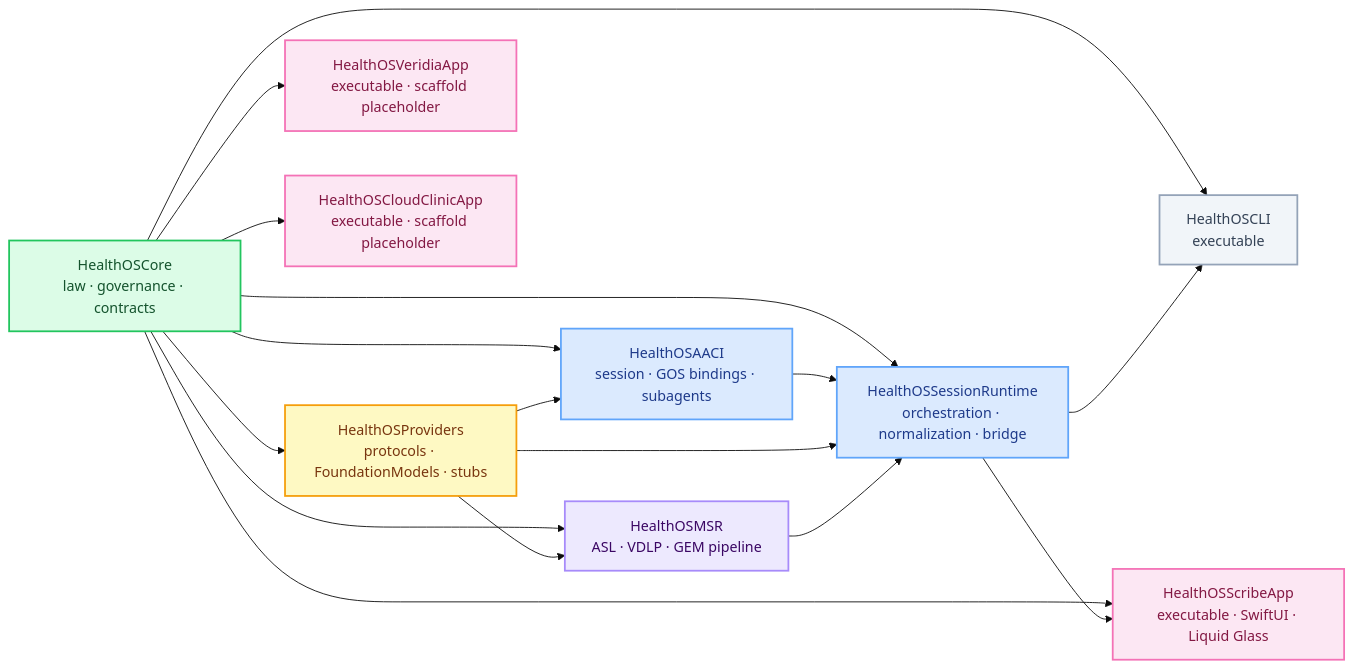
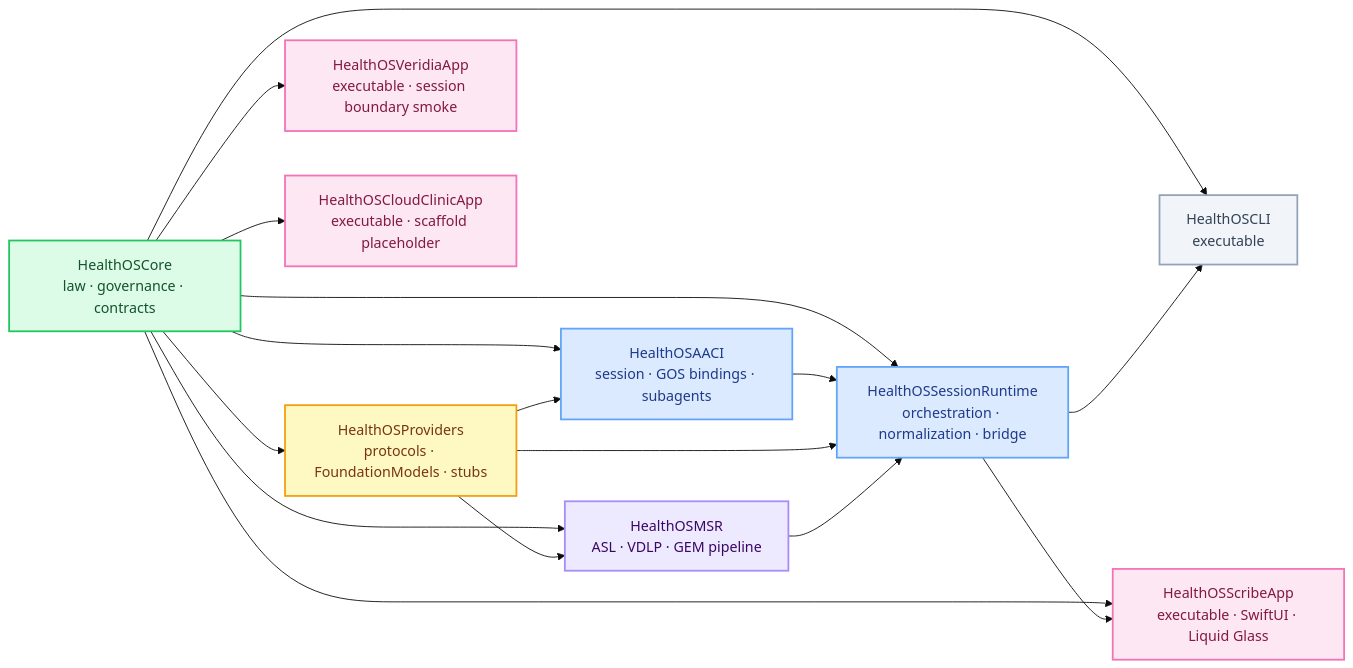
One commit to myselfgus/HealthOScaffold changed the fourth of 12 diagrams in README.md. Above: the diagram before and after it, drawn with Mermaid. The commit also changed other lines of this file and 10 other files, not shown here.

````diff
--- a/README.md
+++ b/README.md
@@ -243,37 +243,37 @@
 ```mermaid
 %%{init: {'theme': 'base', 'themeVariables': {'primaryColor': '#f8f4ff', 'primaryBorderColor': '#c4b5fd', 'primaryTextColor': '#3b0764', 'clusterBkg': '#fdfbff', 'clusterBorder': '#e9d5ff', 'titleColor': '#0f172a', 'edgeLabelBackground': '#fdf8ff', 'fontFamily': 'ui-sans-serif, system-ui, -apple-system'}}}%%
 graph LR
     classDef core     fill:#dcfce7,stroke:#22c55e,stroke-width:2px,color:#14532d
     classDef runtime  fill:#dbeafe,stroke:#60a5fa,stroke-width:2px,color:#1e3a8a
     classDef provider fill:#fef9c3,stroke:#f59e0b,stroke-width:2px,color:#78350f
     classDef msr      fill:#ede9fe,stroke:#a78bfa,stroke-width:2px,color:#3b0764
     classDef app      fill:#fce7f3,stroke:#f472b6,stroke-width:2px,color:#831843
     classDef cli      fill:#f1f5f9,stroke:#94a3b8,stroke-width:2px,color:#334155
 
     CORE[HealthOSCore\nlaw · governance · contracts]:::core
     PROV[HealthOSProviders\nprotocols · FoundationModels · stubs]:::provider
     AACI[HealthOSAACI\nsession · GOS bindings · subagents]:::runtime
     MSR[HealthOSMSR\nASL · VDLP · GEM pipeline]:::msr
     SRT[HealthOSSessionRuntime\norchestration · normalization · bridge]:::runtime
 
     CLI[HealthOSCLI\nexecutable]:::cli
     SCRIBE[HealthOSScribeApp\nexecutable · SwiftUI · Liquid Glass]:::app
-    VERIDIA[HealthOSVeridiaApp\nexecutable · scaffold placeholder]:::app
+    VERIDIA[HealthOSVeridiaApp\nexecutable · session boundary smoke]:::app
     CLOUDCLINIC[HealthOSCloudClinicApp\nexecutable · scaffold placeholder]:::app
 
     CORE --> PROV
     CORE --> AACI
     CORE --> MSR
     PROV --> AACI
     PROV --> MSR
     CORE --> SRT
     AACI --> SRT
     PROV --> SRT
     MSR --> SRT
     CORE --> CLI
     SRT --> CLI
     CORE --> SCRIBE
     SRT --> SCRIBE
     CORE --> VERIDIA
     CORE --> CLOUDCLINIC
 ```
````
